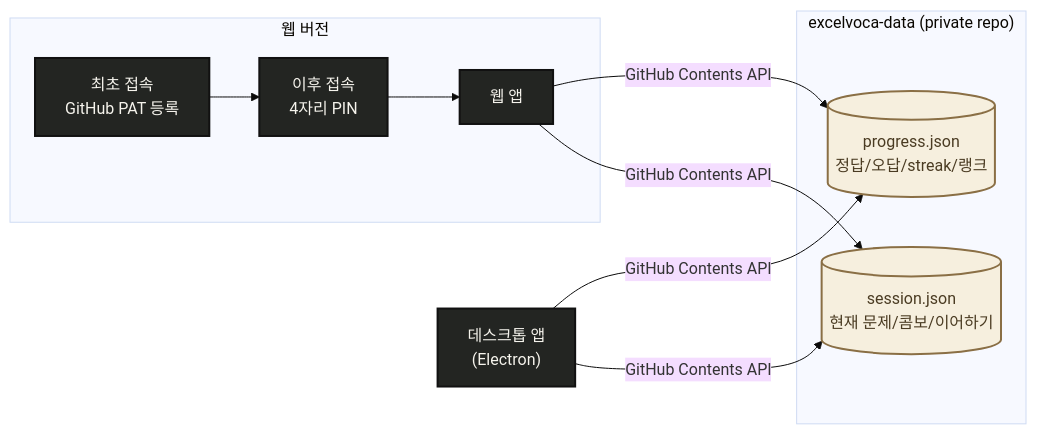
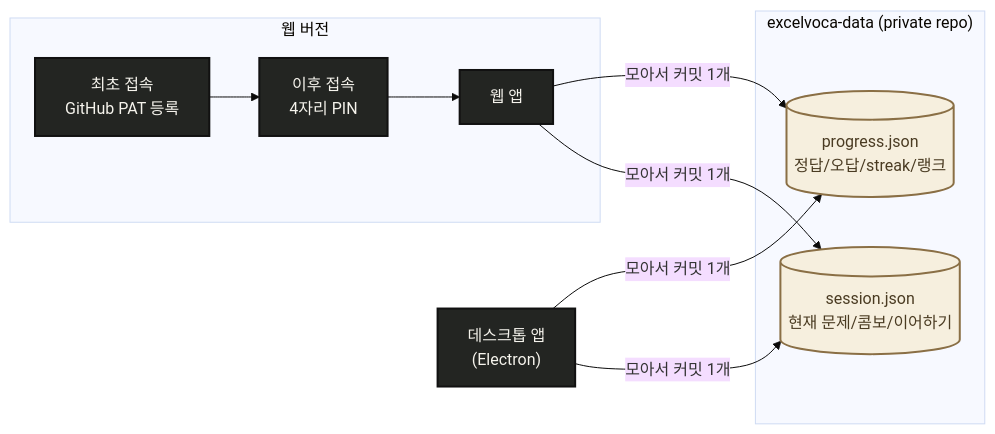
The first of 2 diagrams in README.md (ditto-404/excelvoca-web), drawn with Mermaid (base theme) before and after one commit. The commit also changed other lines of this file and 4 other files, not shown here.

````diff
--- a/README.md
+++ b/README.md
@@ -60,27 +62,27 @@
 ```mermaid
 flowchart LR
     accTitle: ExcelVoca 진행 상황 동기화 상세 구조
-    accDescr: 웹 버전은 최초 접속 시 GitHub PAT를 등록하고 이후엔 4자리 PIN으로 여는 인증 과정을 거치며, 데스크톱 앱과 웹 버전 둘 다 GitHub Contents API로 progress.json과 session.json 두 파일을 읽고 쓰는 구조를 보여준다.
+    accDescr: 웹 버전은 최초 접속 시 GitHub PAT를 등록하고 이후엔 4자리 PIN으로 여는 인증 과정을 거치며, 데스크톱 앱과 웹 버전 둘 다 progress.json과 session.json을 로컬에 먼저 저장한 뒤 모아서 한 커밋으로 private 저장소에 올리는 구조를 보여준다.
 
     subgraph web_layer ["웹 버전"]
         first_visit["최초 접속<br/>GitHub PAT 등록"]:::process_style
         pin_unlock["이후 접속<br/>4자리 PIN"]:::process_style
         web["웹 앱"]:::process_style
     end
 
     desktop["데스크톱 앱<br/>(Electron)"]:::process_style
 
     subgraph data_repo ["excelvoca-data (private repo)"]
         progress[("progress.json<br/>정답/오답/streak/랭크")]:::output_style
         session[("session.json<br/>현재 문제/콤보/이어하기")]:::output_style
     end
 
     first_visit --> pin_unlock --> web
-    desktop -->|"GitHub Contents API"| progress
-    desktop -->|"GitHub Contents API"| session
-    web -->|"GitHub Contents API"| progress
-    web -->|"GitHub Contents API"| session
+    desktop -->|"모아서 커밋 1개"| progress
+    desktop -->|"모아서 커밋 1개"| session
+    web -->|"모아서 커밋 1개"| progress
+    web -->|"모아서 커밋 1개"| session
 
     classDef process_style fill:#232522,stroke:#111111,stroke-width:2px,color:#f5f3ec
     classDef output_style fill:#f6efde,stroke:#8a6f45,stroke-width:2px,color:#4a3b22
 ```
````
